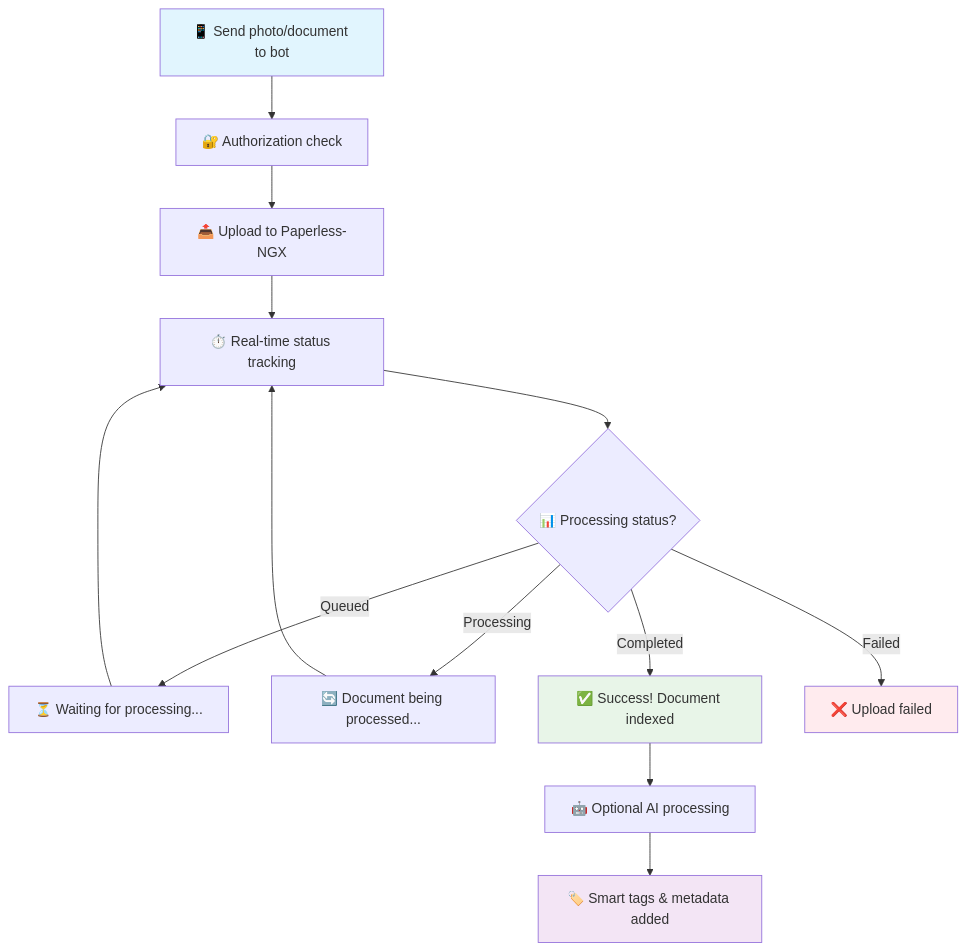
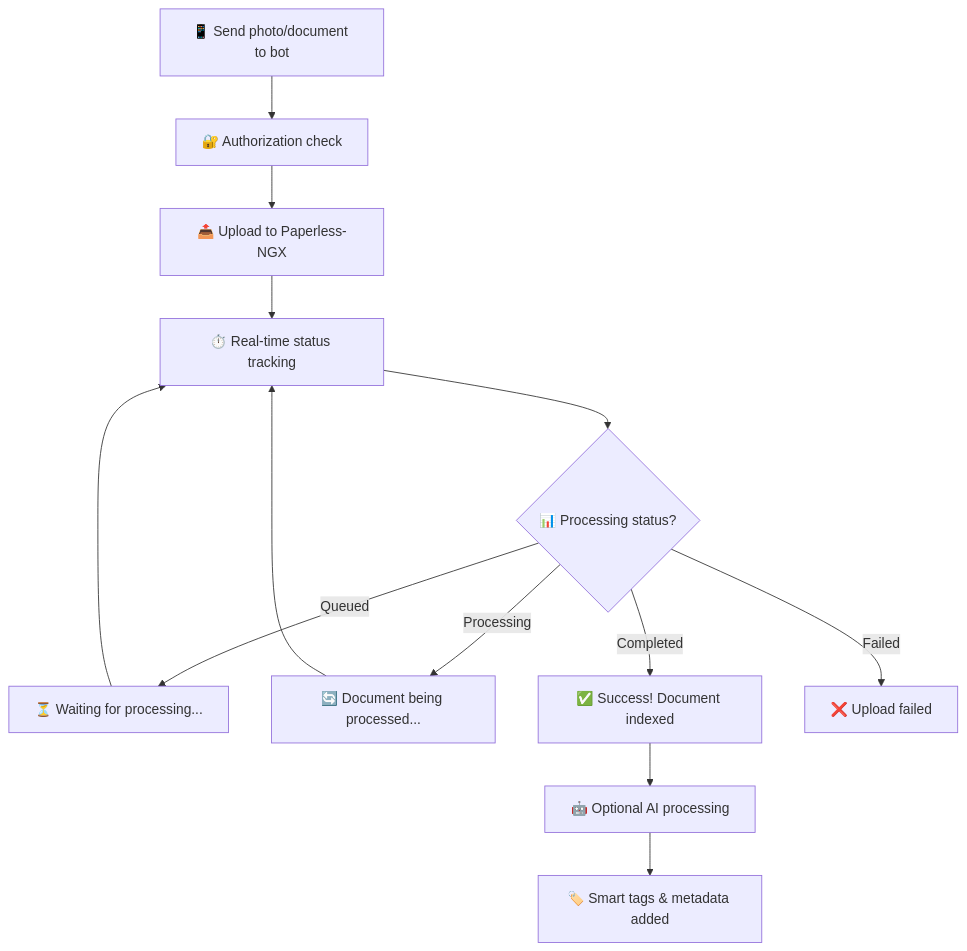
The diagram in README.md (mitchins/paperless-concierge), drawn with Mermaid before and after one commit.

Commit message:
Improve diagram accessibility

````diff
--- a/README.md
+++ b/README.md
@@ -14,20 +14,16 @@
 ```mermaid
 flowchart TD
     A[📱 Send photo/document to bot] --> B[🔐 Authorization check]
     B --> C[📤 Upload to Paperless-NGX]
     C --> D[⏱️ Real-time status tracking]
     D --> E{📊 Processing status?}
     E -->|Queued| F[⏳ Waiting for processing...]
     E -->|Processing| G[🔄 Document being processed...]
     E -->|Completed| H[✅ Success! Document indexed]
     E -->|Failed| I[❌ Upload failed]
     H --> J[🤖 Optional AI processing]
     J --> K[🏷️ Smart tags & metadata added]
     F --> D
     G --> D
 
-    style A fill:#e1f5fe
-    style H fill:#e8f5e8
-    style I fill:#ffebee
-    style K fill:#f3e5f5
 ```
````
